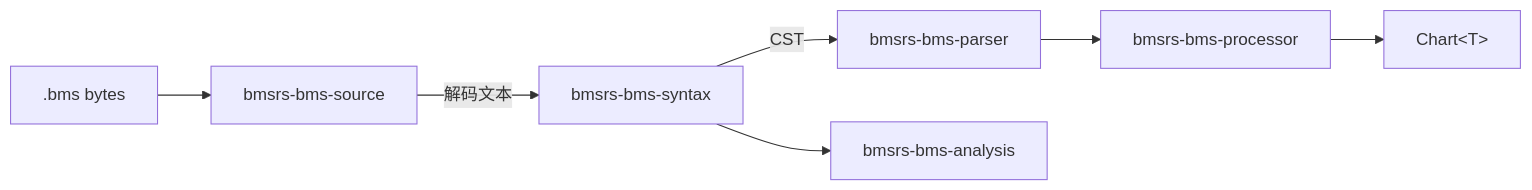
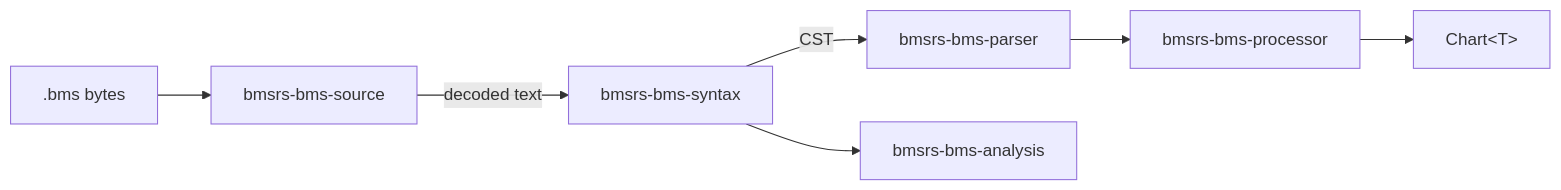
The diagram in bms/AGENTS.md (brightmeows/bmsrs), drawn with Mermaid before and after one commit. The commit also changed other lines of this file and 1 other file, not shown here.

First line of the commit message:
docs(agents): translate bms and bmson pipeline instructions to English

````diff
--- a/bms/AGENTS.md
+++ b/bms/AGENTS.md
@@ -9,9 +11,9 @@
 ```mermaid
 flowchart LR
     Raw[".bms bytes"] --> Src[bmsrs-bms-source]
-    Src -->|解码文本| Syn[bmsrs-bms-syntax]
+    Src -->|decoded text| Syn[bmsrs-bms-syntax]
     Syn -->|CST| Par[bmsrs-bms-parser]
     Par --> Proc[bmsrs-bms-processor]
     Proc --> Chart["Chart&lt;T&gt;"]
     Syn --> Analysis[bmsrs-bms-analysis]
 ```
````
